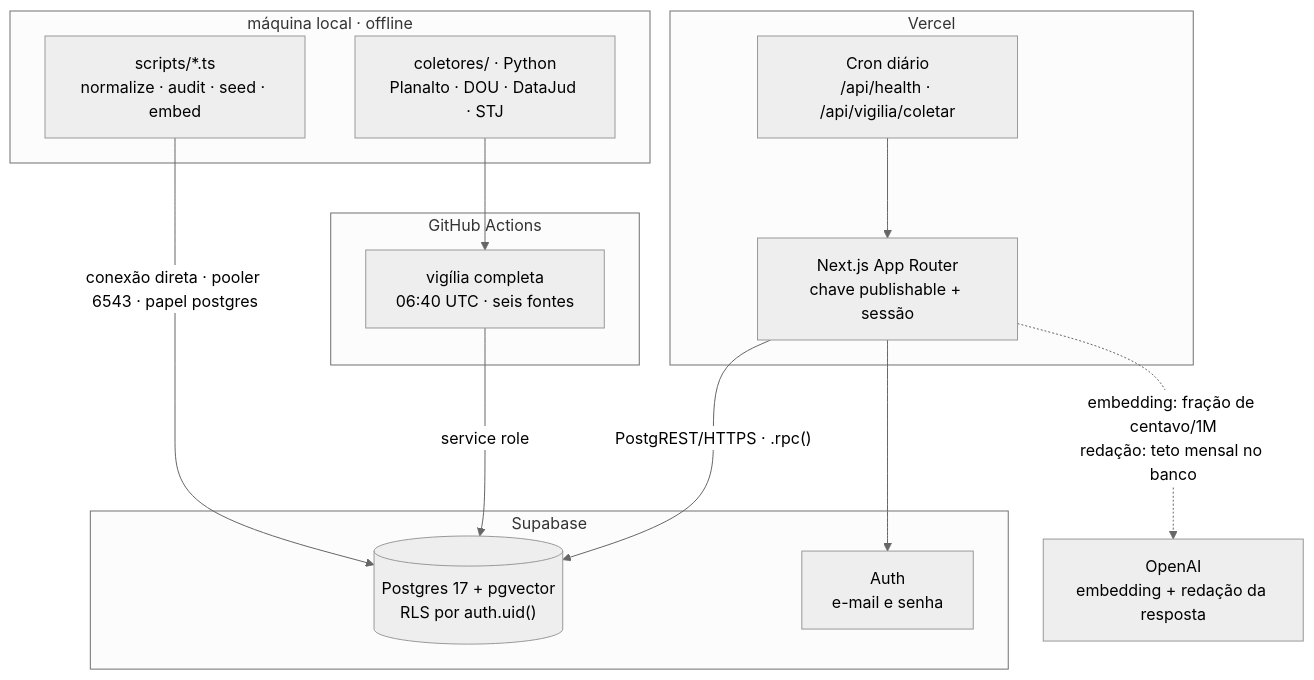
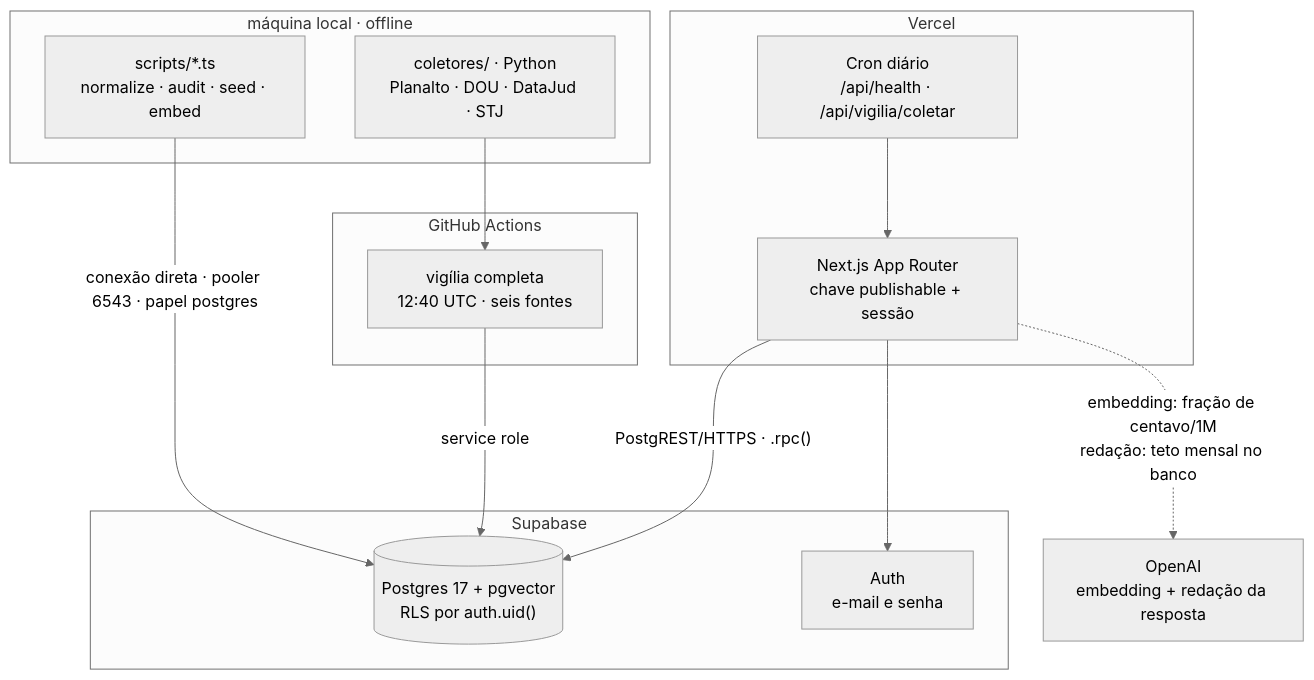
One commit to yLich-hub/Ipsis changed the first of 5 diagrams in README.md. Above: the diagram before and after it, drawn with Mermaid (neutral theme). The commit also changed other lines of this file and 6 other files, not shown here.

````diff
--- a/README.md
+++ b/README.md
@@ -109,27 +109,27 @@
 ```mermaid
 flowchart TB
     subgraph LOCAL["máquina local · offline"]
         SC["scripts/*.ts<br/>normalize · audit · seed · embed"]
         PY["coletores/ · Python<br/>Planalto · DOU · DataJud · STJ"]
     end
     subgraph GH["GitHub Actions"]
-        ACT["vigília completa<br/>06:40 UTC · seis fontes"]
+        ACT["vigília completa<br/>12:40 UTC · seis fontes"]
     end
     subgraph VERCEL["Vercel"]
         APP["Next.js App Router<br/>chave publishable + sessão"]
         CRON["Cron diário<br/>/api/health · /api/vigilia/coletar"]
     end
     subgraph SUPA["Supabase"]
         PG[("Postgres 17 + pgvector<br/>RLS por auth.uid()")]
         AUTH["Auth<br/>e-mail e senha"]
     end
     OAI["OpenAI<br/>embedding + redação da resposta"]
 
     SC -->|"conexão direta · pooler 6543 · papel postgres"| PG
     PY --> ACT
     ACT -->|"service role"| PG
     APP -->|"PostgREST/HTTPS · .rpc()"| PG
     APP --> AUTH
     APP -.->|"embedding: fração de centavo/1M<br/>redação: teto mensal no banco"| OAI
     CRON --> APP
 ```
````
